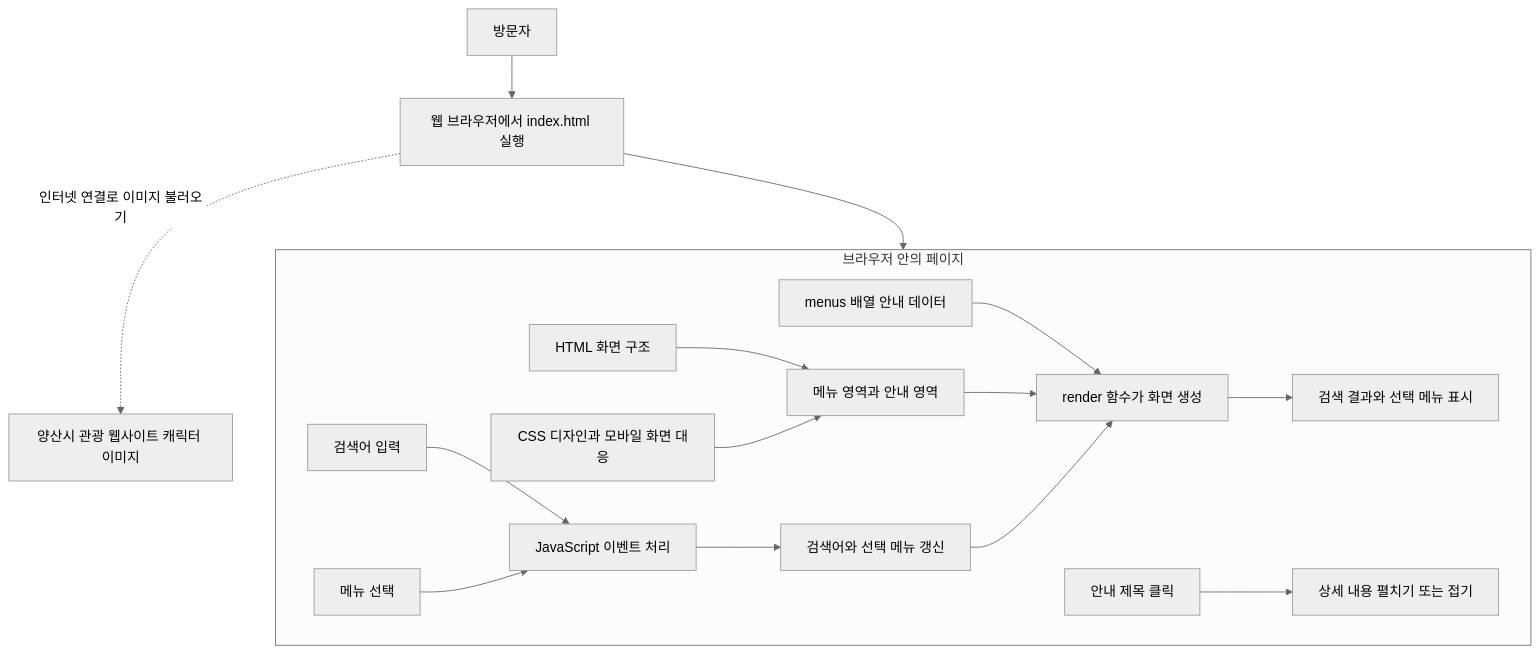
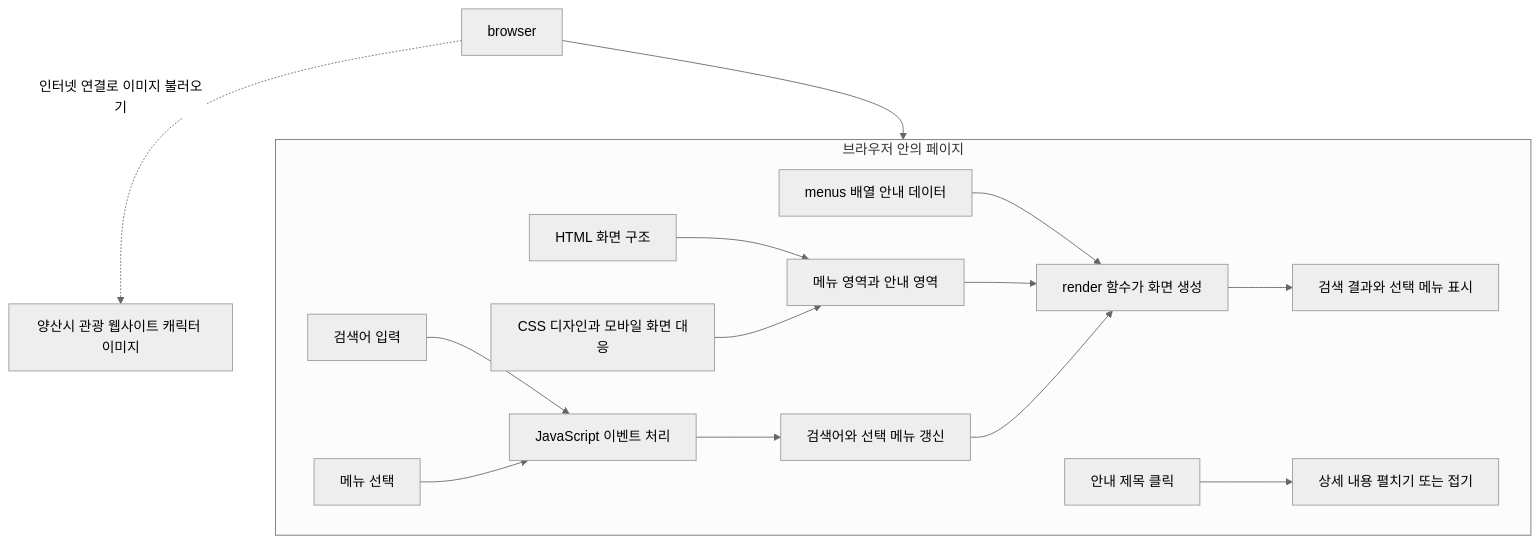
One commit to ungsang2026/QR_ON changed the diagram in README.MD. Above: the diagram before and after it, drawn with Mermaid (neutral theme).

Commit message:
Remove visitor node from flowchart in README for clarity

````diff
--- a/README.MD
+++ b/README.MD
@@ -36,20 +36,19 @@
 ```mermaid
 flowchart TD
-  visitor[방문자] --> browser[웹 브라우저에서 index.html 실행]
 
   subgraph page[브라우저 안의 페이지]
     html[HTML 화면 구조] --> slots[메뉴 영역과 안내 영역]
     css[CSS 디자인과 모바일 화면 대응] --> slots
     data[menus 배열 안내 데이터] --> render[render 함수가 화면 생성]
     slots --> render
     search[검색어 입력] --> events[JavaScript 이벤트 처리]
     choose[메뉴 선택] --> events
     events --> state[검색어와 선택 메뉴 갱신]
     state --> render
     render --> display[검색 결과와 선택 메뉴 표시]
     expand[안내 제목 클릭] --> detail[상세 내용 펼치기 또는 접기]
   end
 
   browser --> page
   browser -. 인터넷 연결로 이미지 불러오기 .-> images[양산시 관광 웹사이트 캐릭터 이미지]
 ```
````
